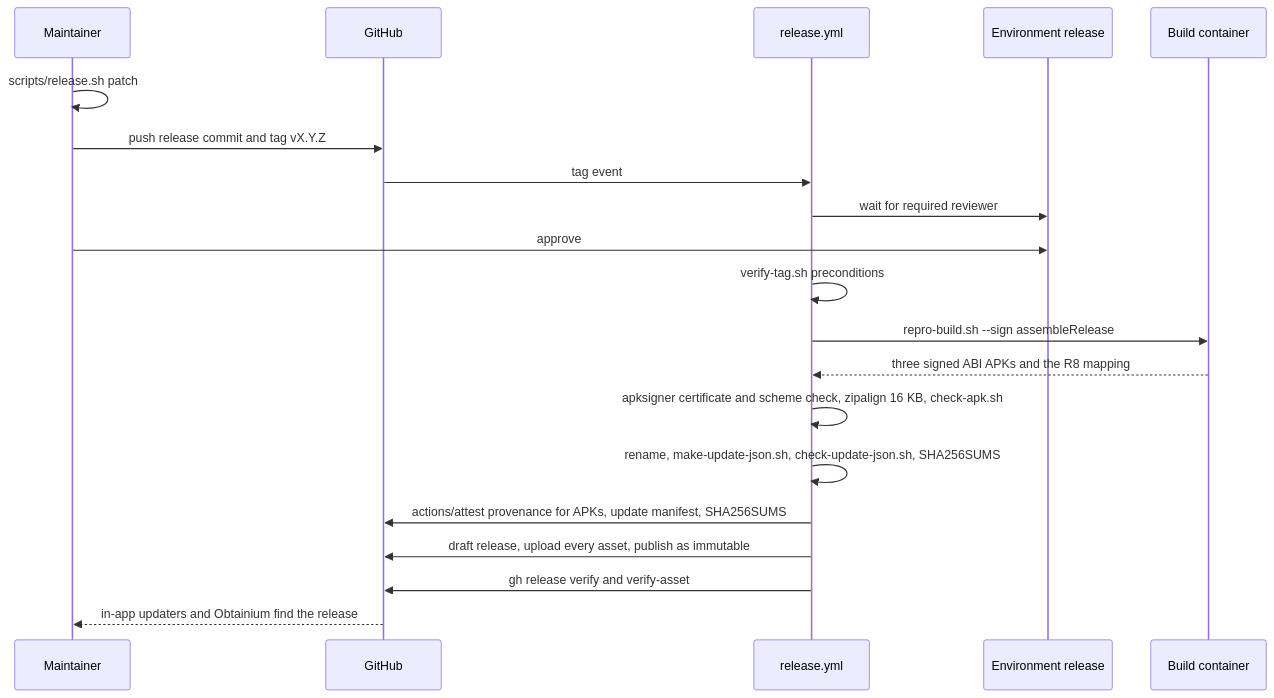
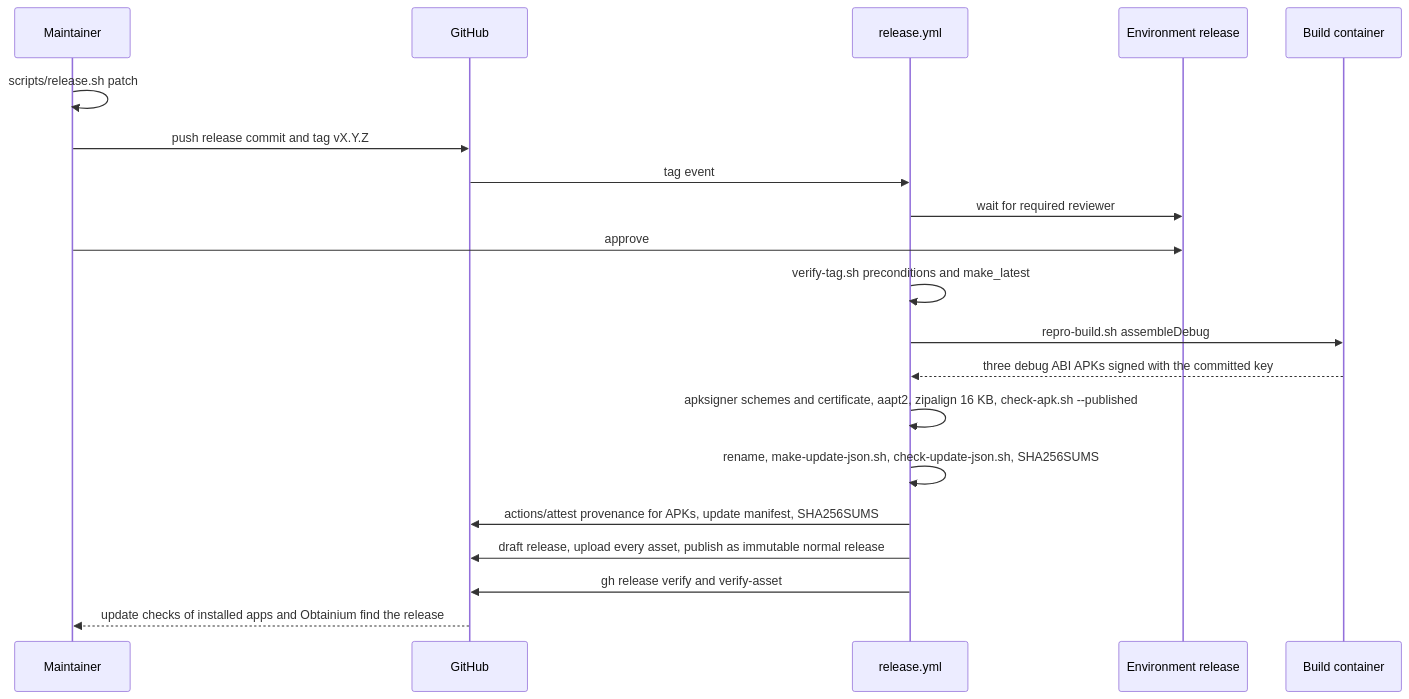
One commit to BigBoyDevBox/Neutrodyne changed the second of 5 diagrams in docs/design/09-quality-and-release.md. Above: the diagram before and after it, drawn with Mermaid. The commit also changed other lines of this file and 11 other files, not shown here.

````diff
--- a/docs/design/09-quality-and-release.md
+++ b/docs/design/09-quality-and-release.md
@@ -536,22 +541,22 @@
 ```mermaid
 sequenceDiagram
   participant M as Maintainer
   participant G as GitHub
   participant R as release.yml
   participant E as Environment release
   participant C as Build container
   M->>M: scripts/release.sh patch
   M->>G: push release commit and tag vX.Y.Z
   G->>R: tag event
   R->>E: wait for required reviewer
   M->>E: approve
-  R->>R: verify-tag.sh preconditions
-  R->>C: repro-build.sh --sign assembleRelease
-  C-->>R: three signed ABI APKs and the R8 mapping
-  R->>R: apksigner certificate and scheme check, zipalign 16 KB, check-apk.sh
+  R->>R: verify-tag.sh preconditions and make_latest
+  R->>C: repro-build.sh assembleDebug
+  C-->>R: three debug ABI APKs signed with the committed key
+  R->>R: apksigner schemes and certificate, aapt2, zipalign 16 KB, check-apk.sh --published
   R->>R: rename, make-update-json.sh, check-update-json.sh, SHA256SUMS
   R->>G: actions/attest provenance for APKs, update manifest, SHA256SUMS
-  R->>G: draft release, upload every asset, publish as immutable
+  R->>G: draft release, upload every asset, publish as immutable normal release
   R->>G: gh release verify and verify-asset
-  G-->>M: in-app updaters and Obtainium find the release
+  G-->>M: update checks of installed apps and Obtainium find the release
 ```
````
